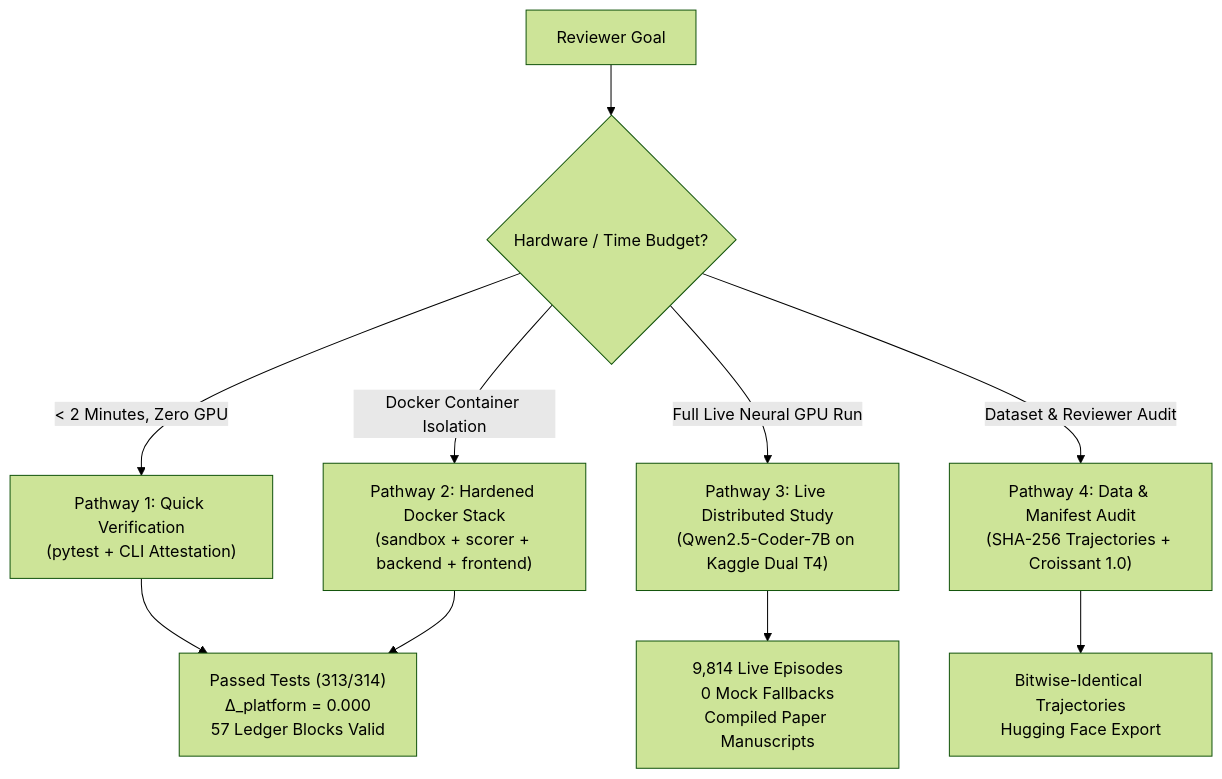
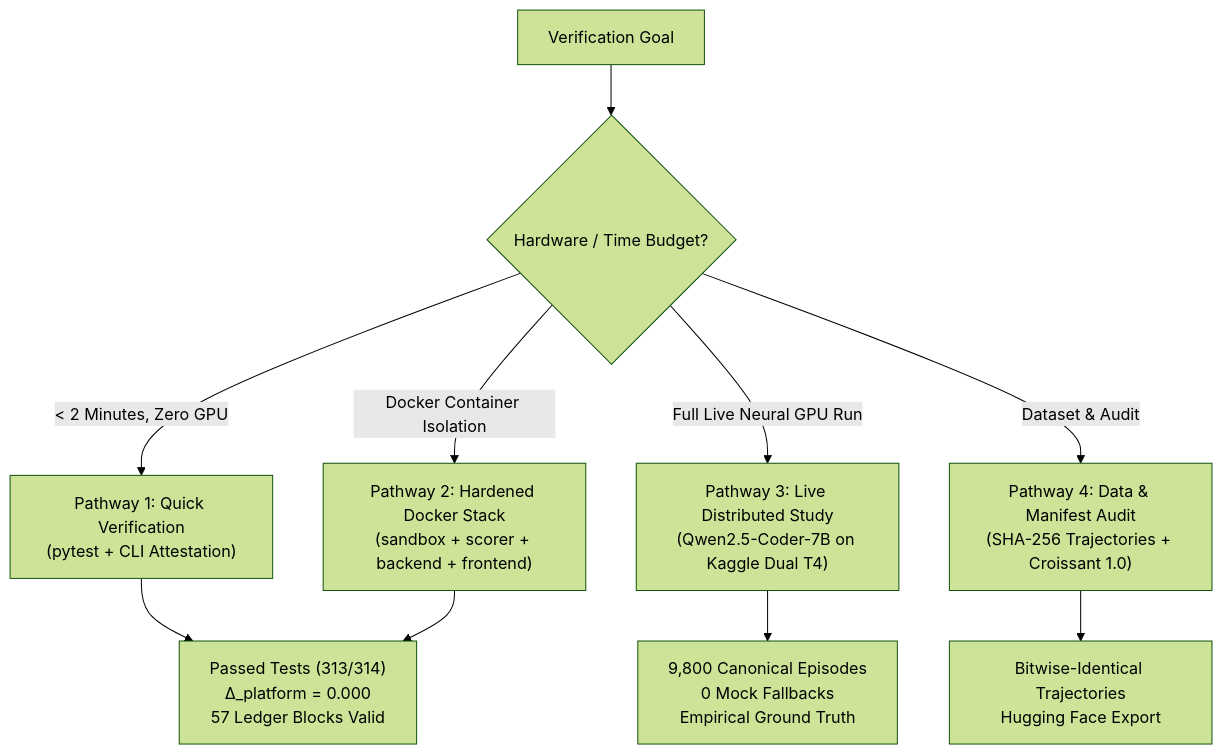
The diagram in REPLICATION.md (Pratikjain24/SAGE), drawn with Mermaid (forest theme) before and after one commit. The commit also changed other lines of this file and 94 other files, not shown here.

Commit message:
chore: streamline repository for open-source release; remove paper manuscripts and focus on framework & empirical analysis

````diff
--- a/REPLICATION.md
+++ b/REPLICATION.md
@@ -16,13 +14,13 @@
 ```mermaid
 flowchart TD
-    A["Reviewer Goal"] --> B{"Hardware / Time Budget?"}
+    A["Verification Goal"] --> B{"Hardware / Time Budget?"}
     B -->|"< 2 Minutes, Zero GPU"| C["Pathway 1: Quick Verification<br/>(pytest + CLI Attestation)"]
     B -->|"Docker Container Isolation"| D["Pathway 2: Hardened Docker Stack<br/>(sandbox + scorer + backend + frontend)"]
     B -->|"Full Live Neural GPU Run"| E["Pathway 3: Live Distributed Study<br/>(Qwen2.5-Coder-7B on Kaggle Dual T4)"]
-    B -->|"Dataset & Reviewer Audit"| F["Pathway 4: Data & Manifest Audit<br/>(SHA-256 Trajectories + Croissant 1.0)"]
+    B -->|"Dataset & Audit"| F["Pathway 4: Data & Manifest Audit<br/>(SHA-256 Trajectories + Croissant 1.0)"]
 
     C --> G["Passed Tests (313/314)<br/>Δ_platform = 0.000<br/>57 Ledger Blocks Valid"]
     D --> G
-    E --> H["9,814 Live Episodes<br/>0 Mock Fallbacks<br/>Compiled Paper Manuscripts"]
+    E --> H["9,800 Canonical Episodes<br/>0 Mock Fallbacks<br/>Empirical Ground Truth"]
     F --> I["Bitwise-Identical Trajectories<br/>Hugging Face Export"]
 ```
````
